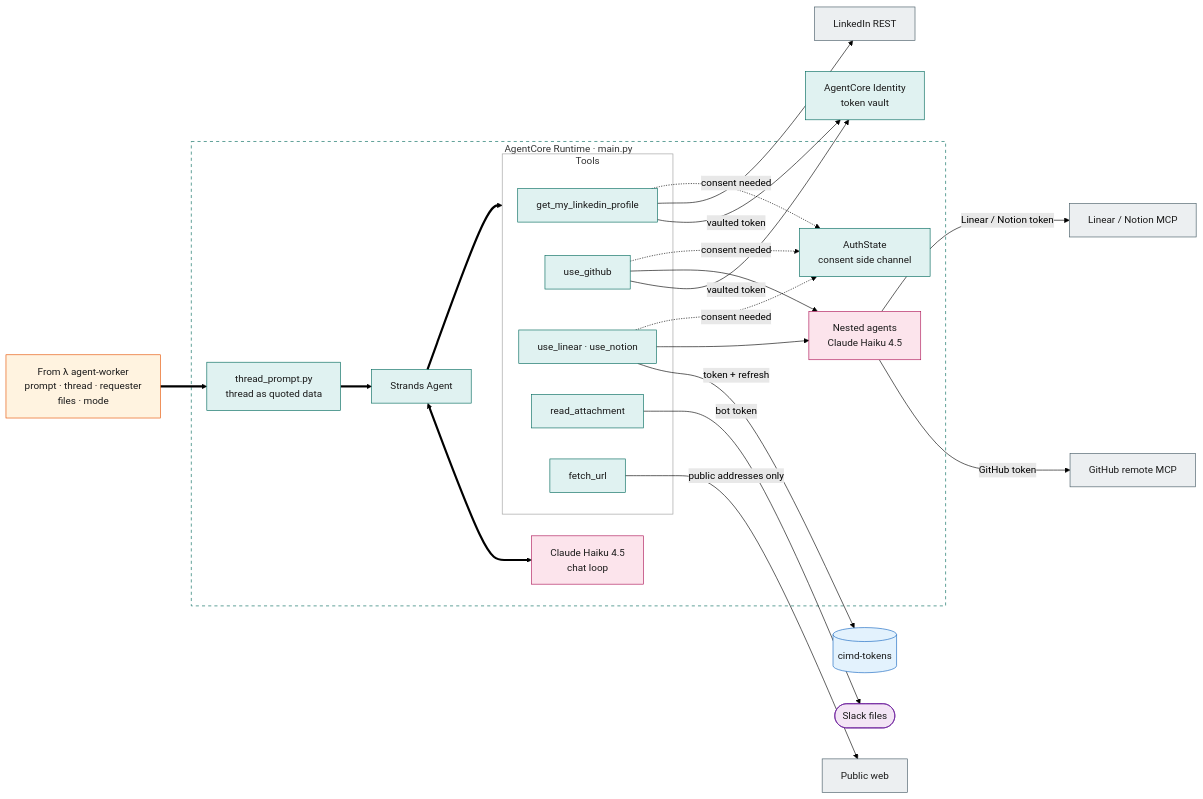
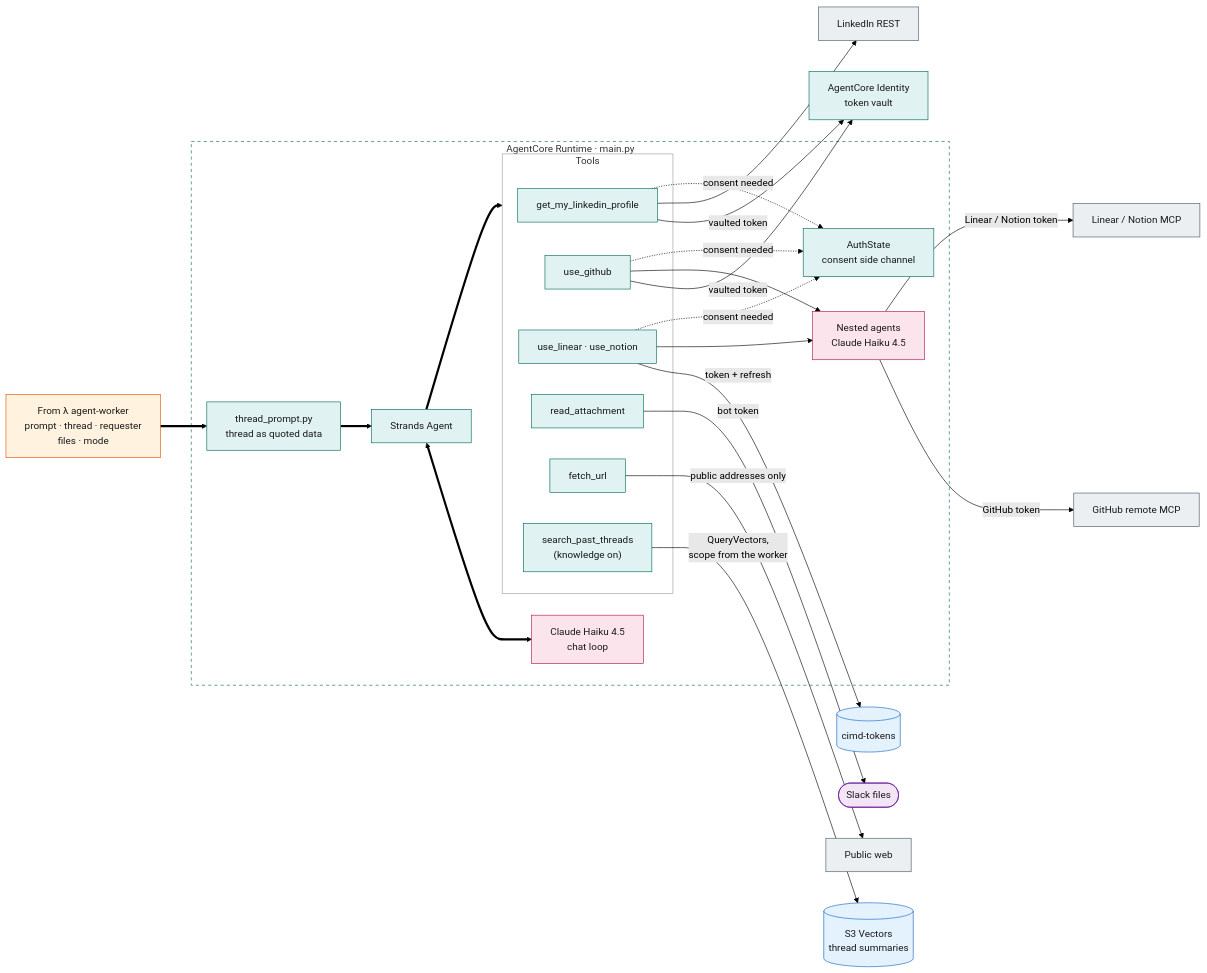
The fifth of 14 diagrams in docs/architecture.md (agent-runtime-labs/slack-agentcore-app), drawn with Mermaid (forest theme) before and after one commit. The commit also changed other lines of this file and 45 other files, not shown here.

Commit message:
Find and cite earlier Slack threads that answer a question (team knowledge memory) (#33)

````diff
--- a/docs/architecture.md
+++ b/docs/architecture.md
@@ -174,52 +175,55 @@
 ```mermaid
 flowchart LR
     IN["From λ agent-worker<br/>prompt · thread · requester<br/>files · mode"]:::aws
 
     subgraph RT["AgentCore Runtime · main.py"]
         PR["thread_prompt.py<br/>thread as quoted data"]:::agentcore
         AG["Strands Agent"]:::agentcore
         LLM["Claude Haiku 4.5<br/>chat loop"]:::model
         AS["AuthState<br/>consent side channel"]:::agentcore
 
         subgraph TOOLS["Tools"]
             T1["get_my_linkedin_profile"]:::agentcore
             T2["use_github"]:::agentcore
             T3["use_linear · use_notion"]:::agentcore
             T4["read_attachment"]:::agentcore
             T5["fetch_url"]:::agentcore
+            T6["search_past_threads<br/>(knowledge on)"]:::agentcore
         end
 
         NA["Nested agents<br/>Claude Haiku 4.5"]:::model
     end
 
     ID["AgentCore Identity<br/>token vault"]:::agentcore
     TOK[("cimd-tokens")]:::data
     LI["LinkedIn REST"]:::ext
     GHM["GitHub remote MCP"]:::ext
     CM["Linear / Notion MCP"]:::ext
     SF(["Slack files"]):::slack
     WEB["Public web"]:::ext
+    VEC[("S3 Vectors<br/>thread summaries")]:::data
 
     IN ==> PR ==> AG
     AG <==> LLM
     AG ==> TOOLS
     T1 & T2 -- "vaulted token" --> ID
     T3 -- "token + refresh" --> TOK
     T1 --> LI
     T2 --> NA
     T3 --> NA
     NA -- "GitHub token" --> GHM
     NA -- "Linear / Notion token" --> CM
     T4 -- "bot token" --> SF
     T5 -- "public addresses only" --> WEB
+    T6 -- "QueryVectors,<br/>scope from the worker" --> VEC
     T1 & T2 & T3 -. "consent needed" .-> AS
 
     style RT fill:none,stroke:#00695c,stroke-dasharray:5 5
     style TOOLS fill:none,stroke:#9e9e9e
     classDef slack fill:#f3e5f5,stroke:#6a1b9a,color:#1a1a1a
     classDef aws fill:#fff3e0,stroke:#e65100,color:#1a1a1a
     classDef data fill:#e3f2fd,stroke:#1565c0,color:#1a1a1a
     classDef agentcore fill:#e0f2f1,stroke:#00695c,color:#1a1a1a
     classDef model fill:#fce4ec,stroke:#ad1457,color:#1a1a1a
     classDef ext fill:#eceff1,stroke:#455a64,color:#1a1a1a
 ```
````
